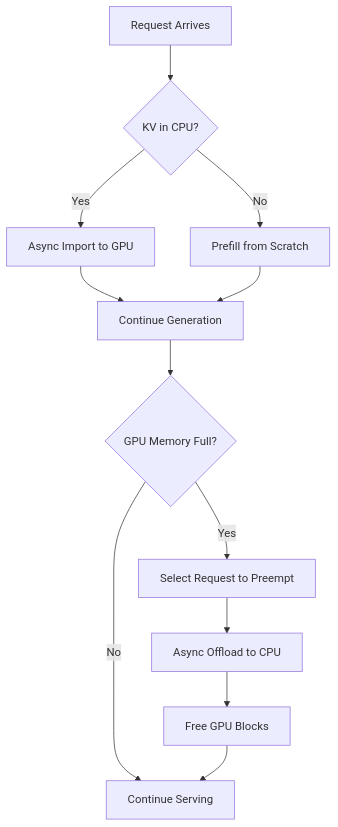
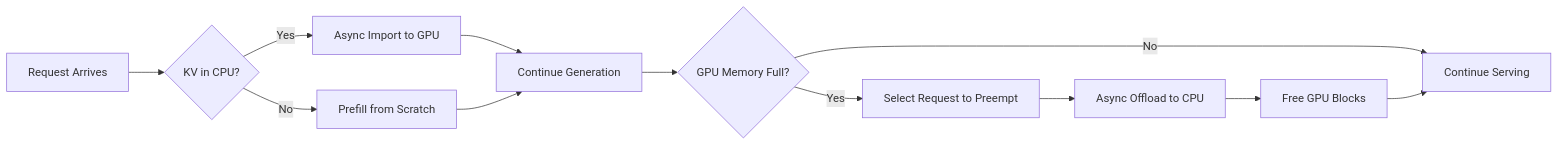
One commit to bet0x/barrahome-2026 changed the diagram in 2026/02/08/vllm-kv-offloading-connector.md. Above: the diagram before and after it, drawn with Mermaid.

Commit message:
Change diagram layout to horizontal (LR) for better page fit

```diff
--- a/2026/02/08/vllm-kv-offloading-connector.md
+++ b/2026/02/08/vllm-kv-offloading-connector.md
@@ -163,14 +163,14 @@
 <div class="mermaid">
-graph TB
+graph LR
     A[Request Arrives] --> B{KV in CPU?}
     B -->|Yes| C[Async Import to GPU]
     B -->|No| D[Prefill from Scratch]
     C --> E[Continue Generation]
     D --> E
     E --> F{GPU Memory Full?}
     F -->|Yes| G[Select Request to Preempt]
     F -->|No| H[Continue Serving]
     G --> I[Async Offload to CPU]
     I --> J[Free GPU Blocks]
     J --> H
 </div>
```
